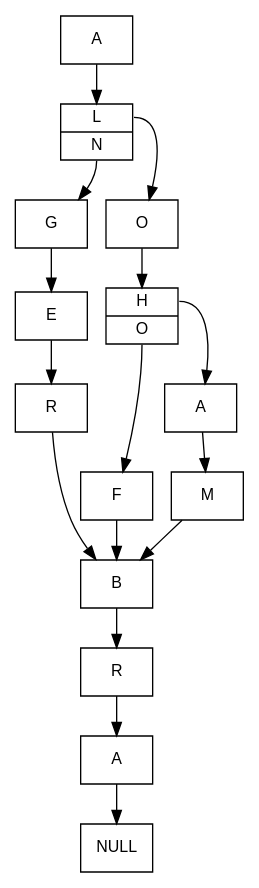
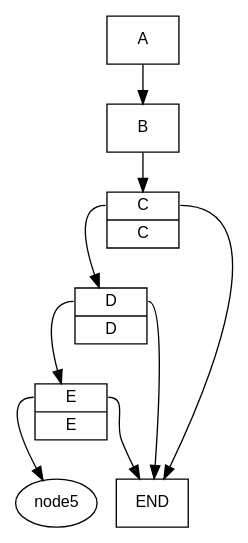
One commit to samsepi0x0/trie-visualize changed the diagram in tri.dot. Above: the diagram before and after it, drawn with Graphviz. The commit also changed 3 other files, not shown here.

First line of the commit message:
Common NULL node to denote word end.

```diff
--- a/tri.dot
+++ b/tri.dot
@@ -1,86 +1,43 @@
 digraph g { 
 
 fontname="Helvetica,Arial,sans-serif" 
 node [fontname="Helvetica,Arial,sans-serif"] 
 edge [fontname="Helvetica,Arial,sans-serif"] 
 graph [nodesep=0.2, ranksep=0.4];
 graph [ rankdir = "TB" ]; 
 node [ 
 fontsize = "12"
 shape = "ellipse"
 ]; 
 edge []; 
-"node12" [ 
-label = "{ <f0> A }"
-shape = "record"
-];
-"node11" [ 
-label = "{ <f17> R }"
-shape = "record"
-];
-"node10" [ 
-label = "{ <f1> B }"
-shape = "record"
-];
-"node9" [ 
-label = "{ <f12> M }"
-shape = "record"
-];
-"node8" [ 
-label = "{ <f17> R }"
-shape = "record"
-];
-"node7" [ 
-label = "{ <f5> F }"
-shape = "record"
-];
-"node6" [ 
-label = "{ <f0> A }"
-shape = "record"
-];
-"node5" [ 
-label = "{ <f4> E }"
-shape = "record"
-];
 "node4" [ 
-label = "{<f7> H | <f14> O }"
+label = "{<f4> E | <f4> E }"
 shape = "record"
 ];
 "node3" [ 
-label = "{ <f6> G }"
+label = "{<f3> D | <f3> D }"
 shape = "record"
 ];
 "node2" [ 
-label = "{ <f14> O }"
+label = "{<f2> C | <f2> C }"
 shape = "record"
 ];
 "node1" [ 
-label = "{<f11> L | <f13> N }"
+label = "{ <f1> B }"
 shape = "record"
 ];
 "node0" [ 
 label = "{ <f0> A }"
 shape = "record"
 ];
-"node13" [ 
-label = "{ <f0> NULL }
-"
-shape = "record"
-];
+ "NULL_NODE" [label="END", shape=box]; 
 "node0":f0 -> "node1" [ id = 0 ];
-"node1":f11 -> "node2" [ id = 1 ];
-"node1":f13 -> "node3" [ id = 2 ];
-"node2":f14 -> "node4" [ id = 3 ];
-"node3":f6 -> "node5" [ id = 4 ];
-"node4":f7 -> "node6" [ id = 5 ];
-"node4":f14 -> "node7" [ id = 6 ];
-"node5":f4 -> "node8" [ id = 7 ];
-"node6":f0 -> "node9" [ id = 8 ];
-"node7":f5 -> "node10" [ id = 9 ];
-"node8":f17 -> "node10" [ id = 10 ];
-"node9":f12 -> "node10" [ id = 11 ];
-"node10":f1 -> "node11" [ id = 12 ];
-"node11":f17 -> "node12" [ id = 13 ];
-"node12":f0 -> "node13" [ id = 14 ];
+"node1":f1 -> "node2" [ id = 1 ];
+"node2":f2 -> "node3" [ id = 2 ];
+"node2":f2 -> "NULL_NODE";
+"node3":f3 -> "node4" [ id = 3 ];
+"node3":f3 -> "NULL_NODE";
+"node4":f4 -> "node5" [ id = 4 ];
+"node4":f4 -> "NULL_NODE";
 
 }
```
